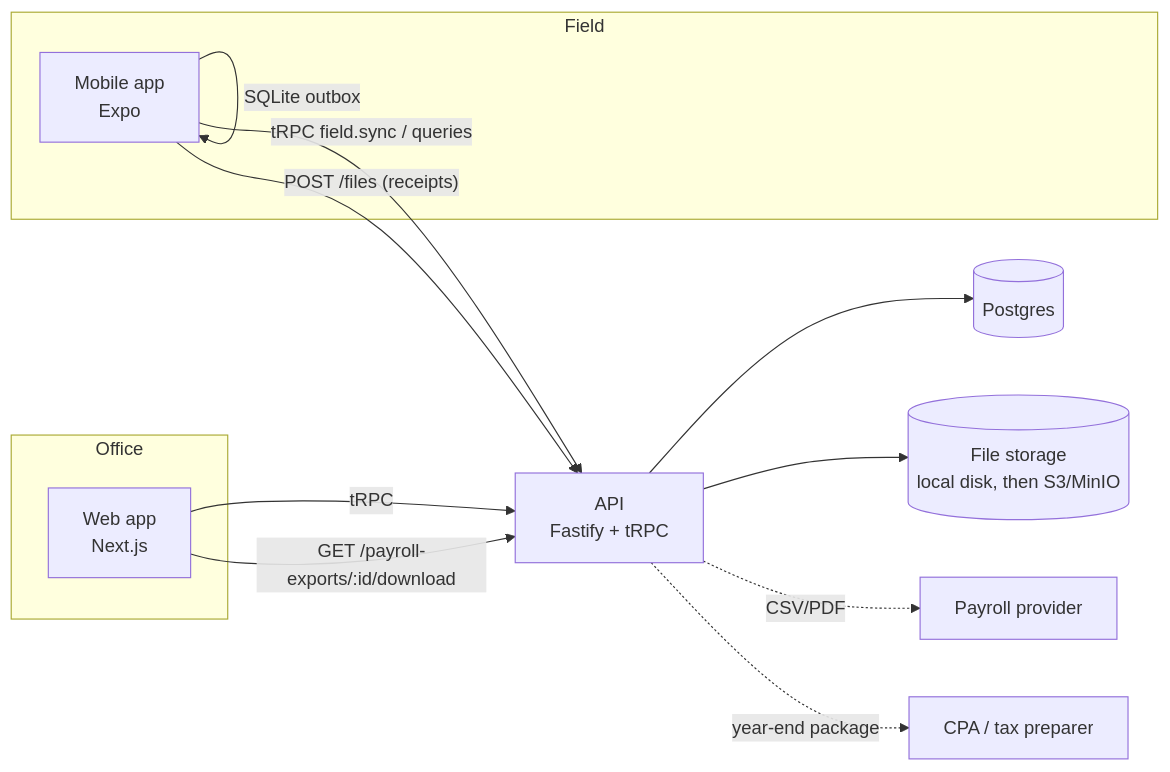
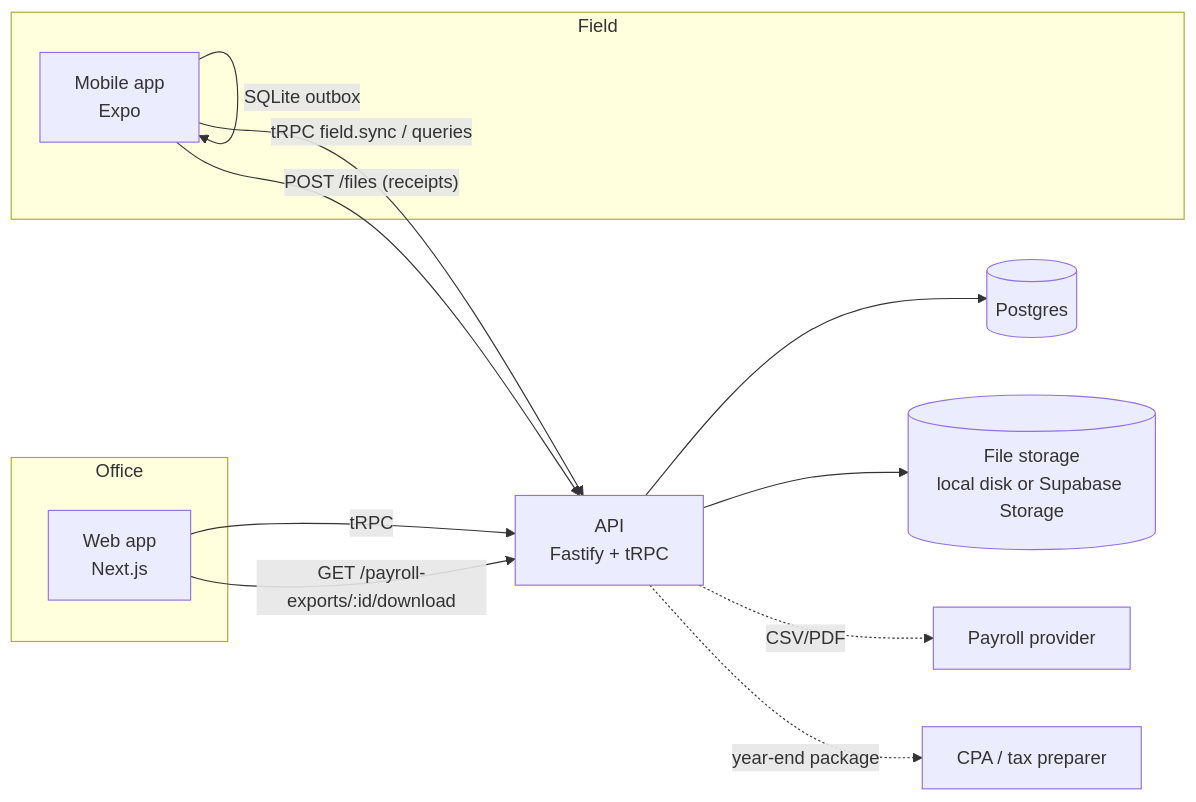
One commit to trellaren/timepeace changed the diagram in docs/architecture.md. Above: the diagram before and after it, drawn with Mermaid. The commit also changed other lines of this file and 4 other files, not shown here.

````diff
--- a/docs/architecture.md
+++ b/docs/architecture.md
@@ -16,17 +16,17 @@
 ```mermaid
 flowchart LR
   subgraph Field
     M[Mobile app<br/>Expo] -- SQLite outbox --> M
   end
   subgraph Office
     W[Web app<br/>Next.js]
   end
   M -- tRPC field.sync / queries --> A
   M -- POST /files (receipts) --> A
   W -- tRPC --> A
   W -- GET /payroll-exports/:id/download --> A
   A[API<br/>Fastify + tRPC] --> P[(Postgres)]
-  A --> S[(File storage<br/>local disk, then S3/MinIO)]
+  A --> S[(File storage<br/>local disk or Supabase Storage)]
   A -. CSV/PDF .-> HR[Payroll provider]
   A -. year-end package .-> CPA[CPA / tax preparer]
 ```
````
